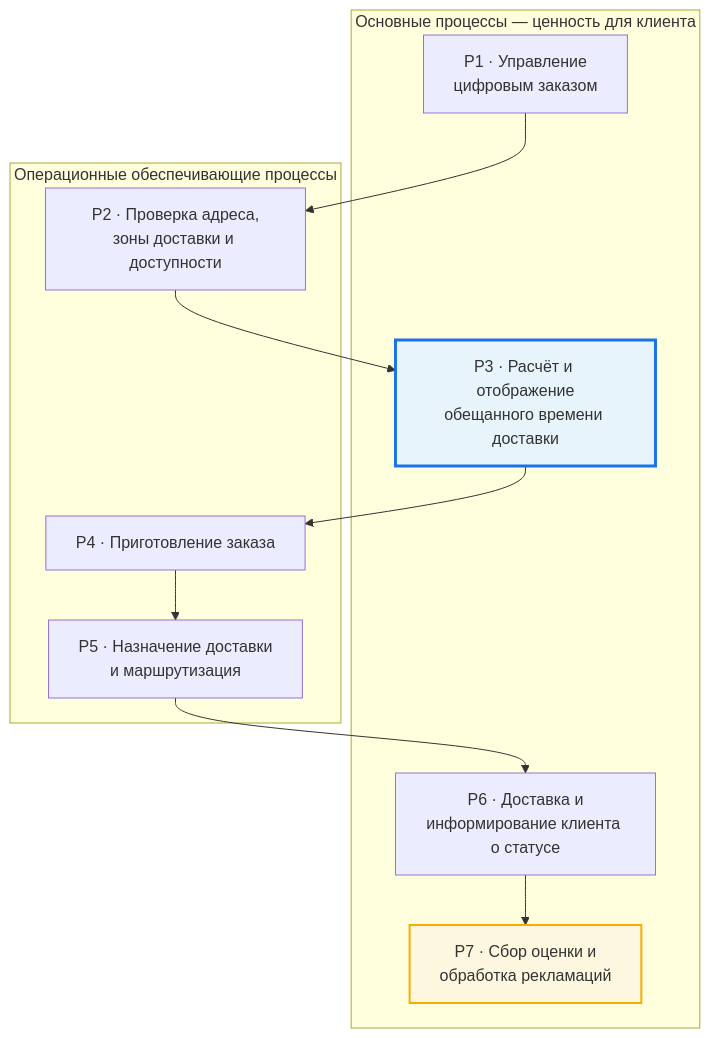
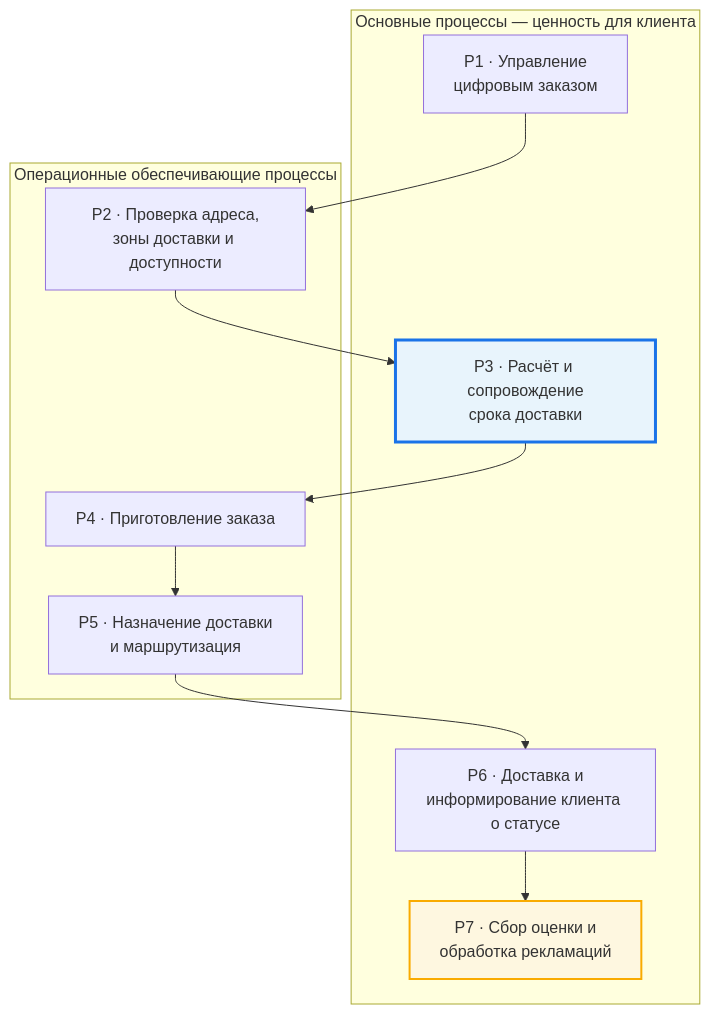
The first of 2 diagrams in Курсач по моделькам/курсовая_моделирование_организации/03_модели_экспорт/process_landscape.md (sm0173/kursach_po_modelkam), drawn with Mermaid before and after one commit. The commit also changed other lines of this file and 18 other files, not shown here.

````diff
--- a/Курсач по моделькам/курсовая_моделирование_организации/03_модели_экспорт/process_landscape.md
+++ b/Курсач по моделькам/курсовая_моделирование_организации/03_модели_экспорт/process_landscape.md
@@ -52,20 +52,20 @@
 ```mermaid
 flowchart TB
     subgraph MAIN["Основные процессы — ценность для клиента"]
         P1["P1 · Управление<br/>цифровым заказом"]
-        P3["P3 · Расчёт и отображение<br/>обещанного времени доставки"]
+        P3["P3 · Расчёт и сопровождение<br/>срока доставки"]
         P6["P6 · Доставка и<br/>информирование клиента о статусе"]
         P7["P7 · Сбор оценки и<br/>обработка рекламаций"]
     end
 
     subgraph SUPPORT["Операционные обеспечивающие процессы"]
         P2["P2 · Проверка адреса,<br/>зоны доставки и доступности"]
         P4["P4 · Приготовление заказа"]
         P5["P5 · Назначение доставки<br/>и маршрутизация"]
     end
 
     P1 --> P2 --> P3 --> P4 --> P5 --> P6 --> P7
 
     style P3 fill:#e8f4fc,stroke:#1a73e8,stroke-width:3px
     style P7 fill:#fef7e0,stroke:#f9ab00,stroke-width:2px
 ```
````
